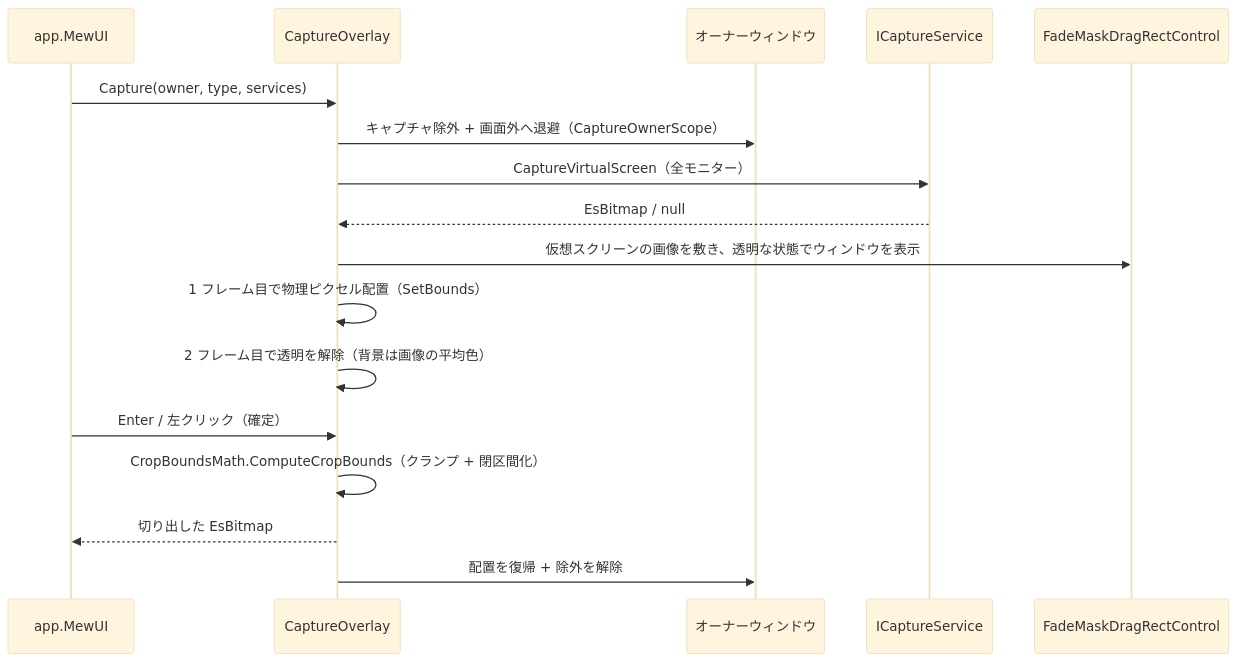
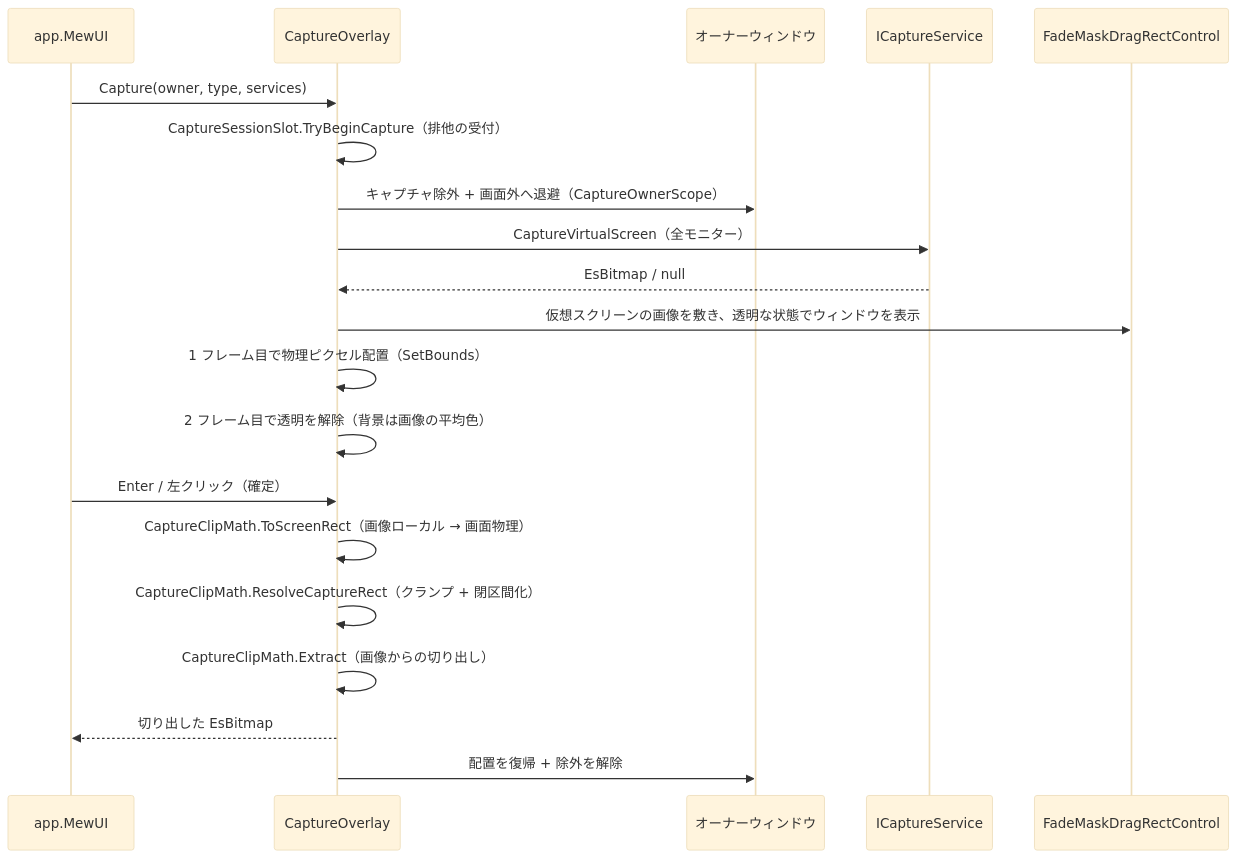
Before and after one commit to tomokuni/SaveEvidence: the second of 2 diagrams in src/CaptureSessionControl.MewUI/SPEC_System.md, drawn with Mermaid (base theme). The commit also changed other lines of this file and 226 other files, not shown here.

````diff
--- a/src/CaptureSessionControl.MewUI/SPEC_System.md
+++ b/src/CaptureSessionControl.MewUI/SPEC_System.md
@@ -87,20 +122,23 @@
 ```mermaid
 sequenceDiagram
     participant App as app.MewUI
     participant OW as CaptureOverlay
     participant OS as オーナーウィンドウ
     participant CS as ICaptureService
     participant UI as FadeMaskDragRectControl
 
     App->>OW: Capture(owner, type, services)
+    OW->>OW: CaptureSessionSlot.TryBeginCapture（排他の受付）
     OW->>OS: キャプチャ除外 + 画面外へ退避（CaptureOwnerScope）
     OW->>CS: CaptureVirtualScreen（全モニター）
     CS-->>OW: EsBitmap / null
     OW->>UI: 仮想スクリーンの画像を敷き、透明な状態でウィンドウを表示
     OW->>OW: 1 フレーム目で物理ピクセル配置（SetBounds）
     OW->>OW: 2 フレーム目で透明を解除（背景は画像の平均色）
     App->>OW: Enter / 左クリック（確定）
-    OW->>OW: CropBoundsMath.ComputeCropBounds（クランプ + 閉区間化）
+    OW->>OW: CaptureClipMath.ToScreenRect（画像ローカル → 画面物理）
+    OW->>OW: CaptureClipMath.ResolveCaptureRect（クランプ + 閉区間化）
+    OW->>OW: CaptureClipMath.Extract（画像からの切り出し）
     OW-->>App: 切り出した EsBitmap
     OW->>OS: 配置を復帰 + 除外を解除
 ```
````
